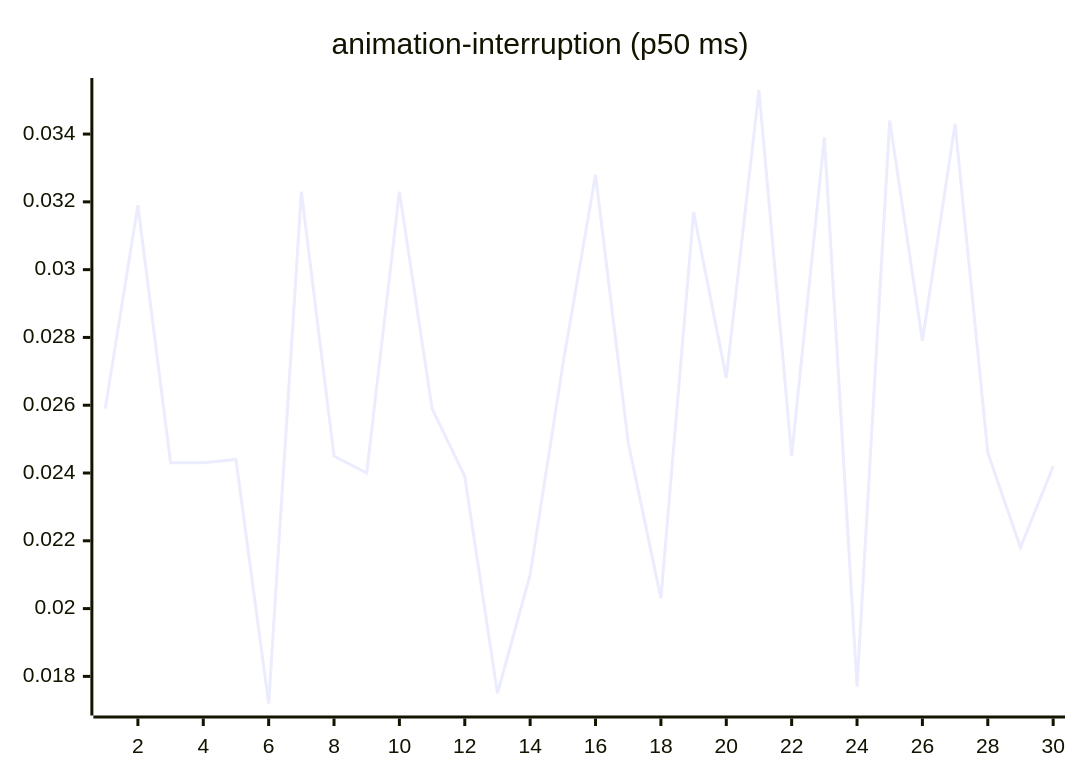
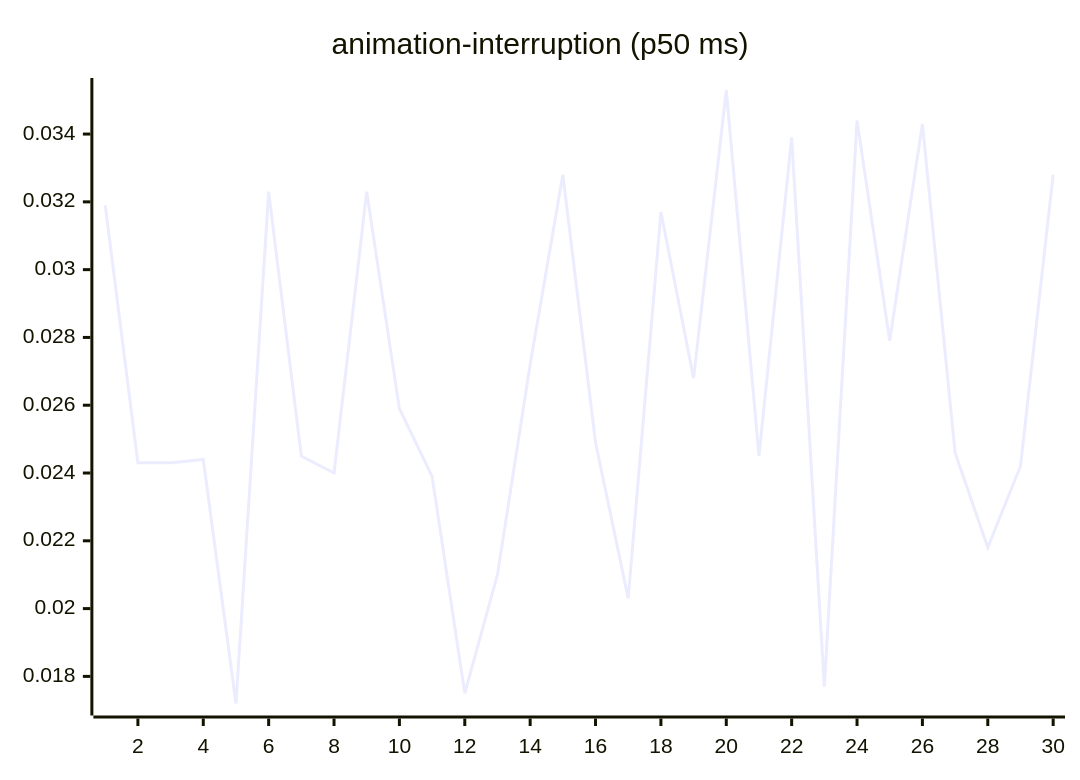
The third of 27 diagrams in README.md (josha/Facet), drawn with Mermaid before and after one commit. The commit also changed other lines of this file and 2 other files, not shown here.

````diff
--- a/README.md
+++ b/README.md
@@ -77,6 +77,6 @@
 ```mermaid
 xychart-beta
     title "animation-interruption (p50 ms)"
     x-axis 1 --> 30
-    line [0.0259, 0.0319, 0.0243, 0.0243, 0.0244, 0.0172, 0.0323, 0.0245, 0.0240, 0.0323, 0.0259, 0.0239, 0.0175, 0.0210, 0.0272, 0.0328, 0.0249, 0.0203, 0.0317, 0.0268, 0.0353, 0.0245, 0.0339, 0.0177, 0.0344, 0.0279, 0.0343, 0.0246, 0.0218, 0.0242]
+    line [0.0319, 0.0243, 0.0243, 0.0244, 0.0172, 0.0323, 0.0245, 0.0240, 0.0323, 0.0259, 0.0239, 0.0175, 0.0210, 0.0272, 0.0328, 0.0249, 0.0203, 0.0317, 0.0268, 0.0353, 0.0245, 0.0339, 0.0177, 0.0344, 0.0279, 0.0343, 0.0246, 0.0218, 0.0242, 0.0328]
 ```
````
